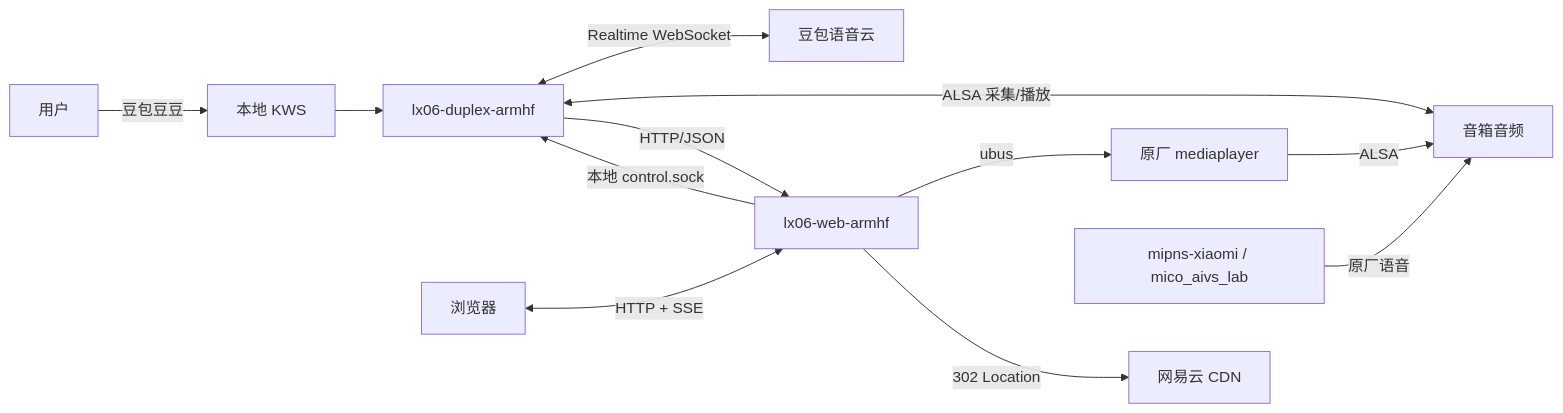
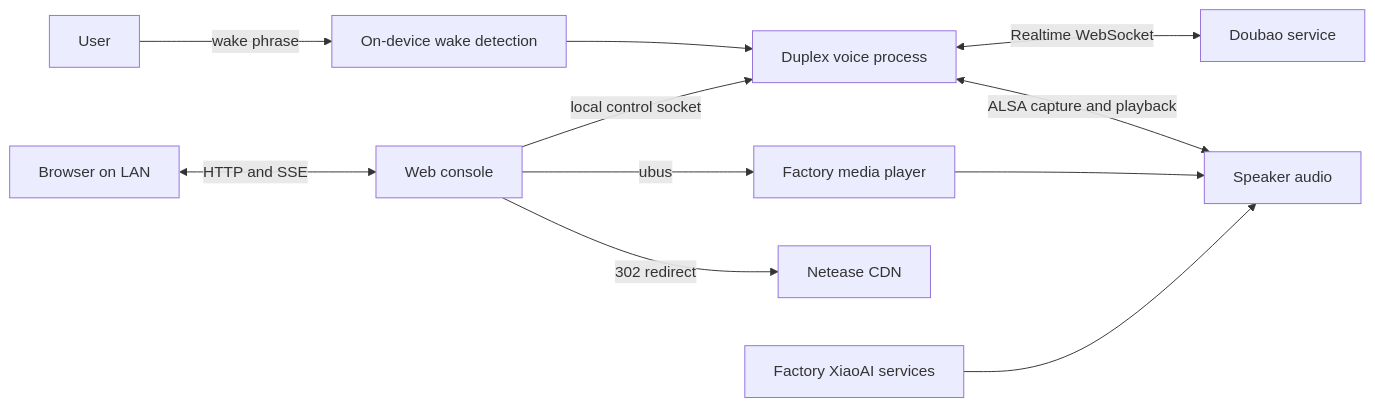
The diagram in README.md (GitaiQAQ/xiaoai-sidekick), drawn with Mermaid before and after one commit. The commit also changed other lines of this file and 96 other files, not shown here.

````diff
--- a/README.md
+++ b/README.md
@@ -86,16 +35,13 @@
 ```mermaid
 flowchart LR
-  U[用户] -->|"豆包豆豆"| K[本地 KWS]
-  K --> D[lx06-duplex-armhf]
-  D <-->|Realtime WebSocket| V[豆包语音云]
-  D <-->|ALSA 采集/播放| A[音箱音频]
-  D -->|HTTP/JSON| W[lx06-web-armhf]
-
-  B[浏览器] <-->|HTTP + SSE| W
-  W -->|ubus| F[原厂 mediaplayer]
-  W -->|302 Location| N[网易云 CDN]
-  F -->|ALSA| A
-  W -->|本地 control.sock| D
-
-  M[mipns-xiaomi / mico_aivs_lab] -->|原厂语音| A
+  U[User] -->|wake phrase| K[On-device wake detection]
+  K --> D[Duplex voice process]
+  D <-->|Realtime WebSocket| V[Doubao service]
+  D <-->|ALSA capture and playback| A[Speaker audio]
+  B[Browser on LAN] <-->|HTTP and SSE| W[Web console]
+  W -->|ubus| F[Factory media player]
+  W -->|local control socket| D
+  W -->|302 redirect| N[Netease CDN]
+  F --> A
+  M[Factory XiaoAI services] --> A
 ```
````
